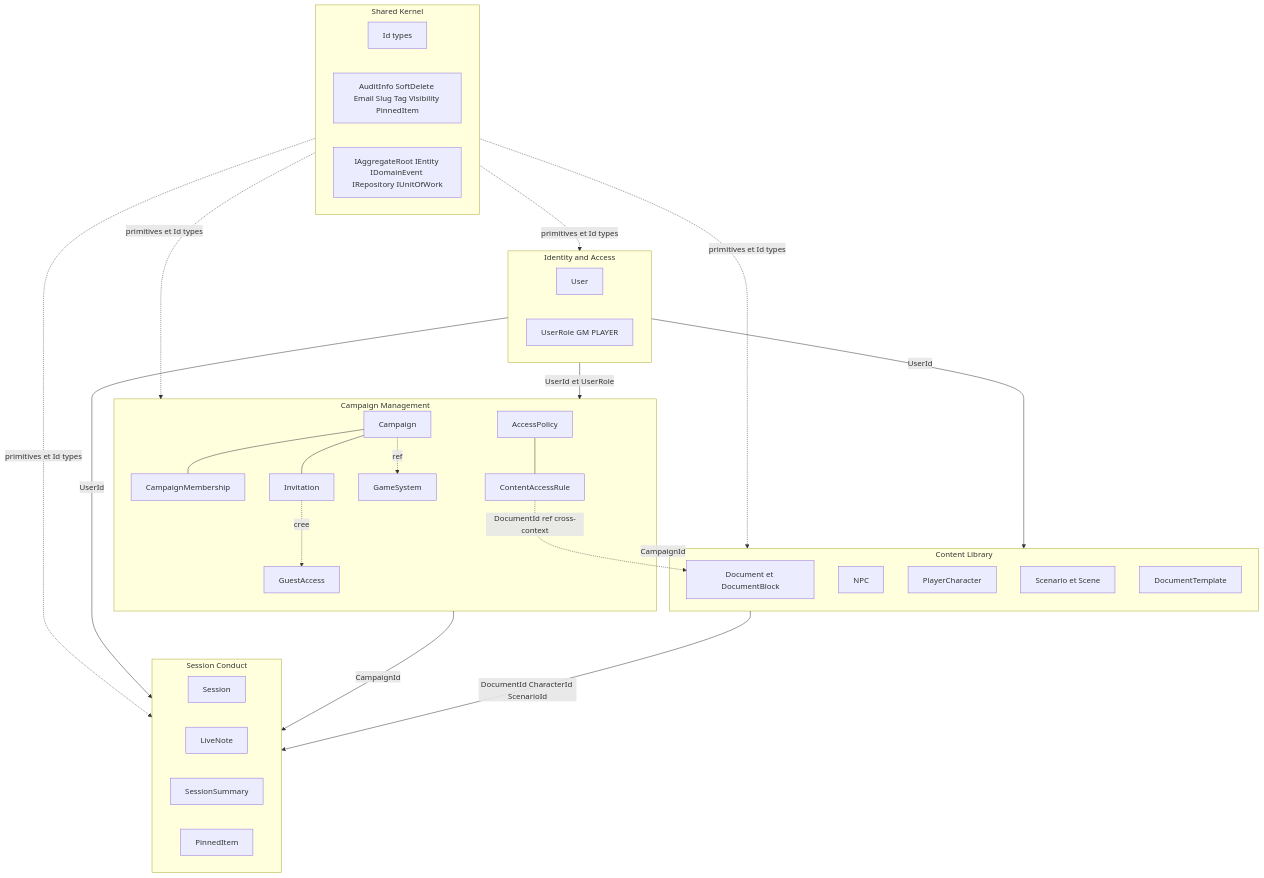
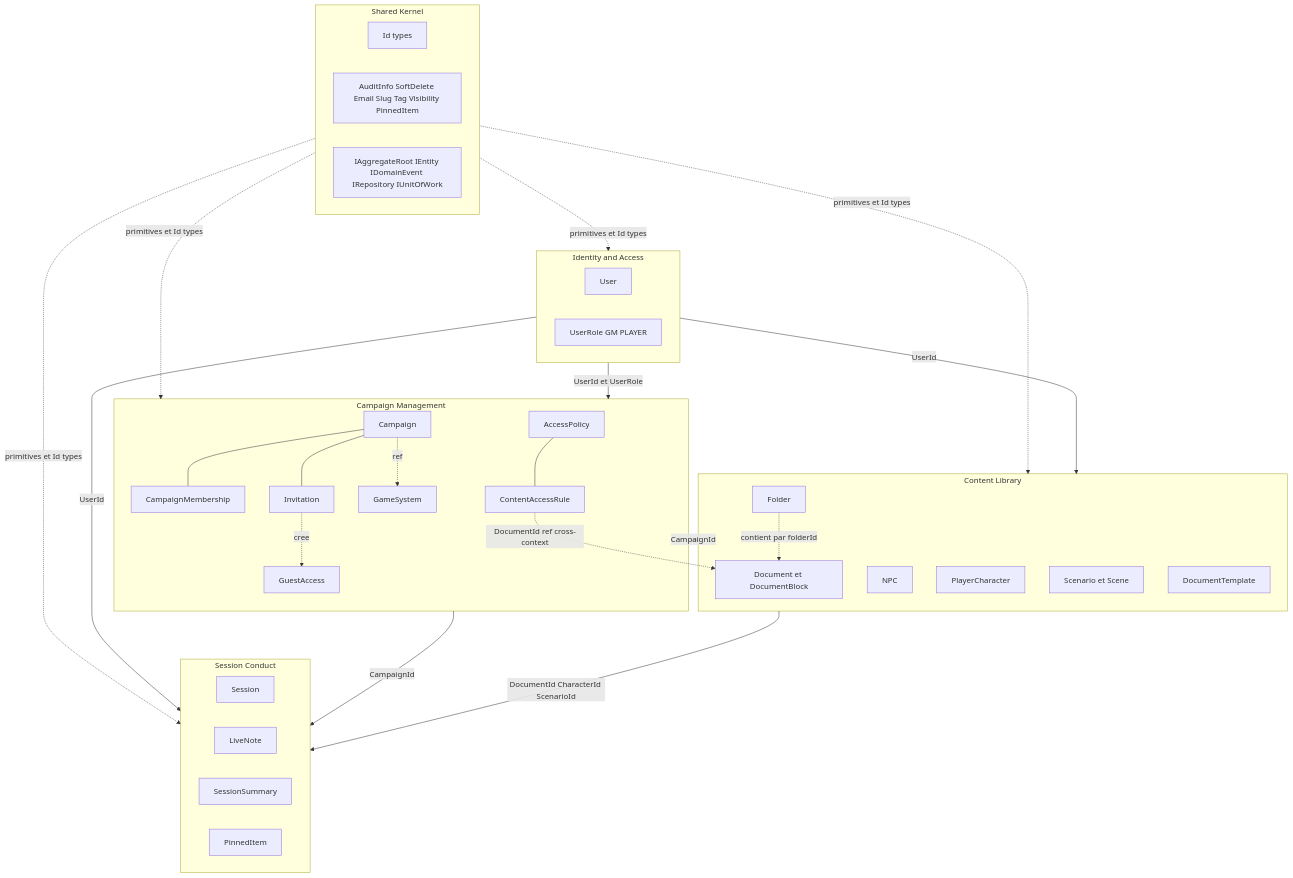
One commit to 2025-10-CDA-ECO-P6/PM-micro-saas changed the seventh of 7 diagrams in docs/conception/DiagrammesClasses.md. Above: the diagram before and after it, drawn with Mermaid. The commit also changed other lines of this file and 28 other files, not shown here.

````diff
--- a/docs/conception/DiagrammesClasses.md
+++ b/docs/conception/DiagrammesClasses.md
@@ -597,50 +633,52 @@
 ```mermaid
 graph TB
     subgraph CORE[Shared Kernel]
         IDS[Id types]
         PRIM[AuditInfo SoftDelete Email Slug Tag Visibility PinnedItem]
         ABS[IAggregateRoot IEntity IDomainEvent IRepository IUnitOfWork]
     end
     subgraph IA[Identity and Access]
         U[User]
         UR[UserRole GM PLAYER]
     end
     subgraph CM[Campaign Management]
         CA[Campaign]
         MB[CampaignMembership]
         INV[Invitation]
         GA[GuestAccess]
         GS[GameSystem]
         AP[AccessPolicy]
         CR[ContentAccessRule]
     end
     subgraph CL[Content Library]
         DOC[Document et DocumentBlock]
         NPC[NPC]
         PC[PlayerCharacter]
         SCE[Scenario et Scene]
         TPL[DocumentTemplate]
+        FLD[Folder]
     end
     subgraph SE[Session Conduct]
         SS[Session]
         LN[LiveNote]
         SUM[SessionSummary]
         PI[PinnedItem]
     end
     CORE -.->|primitives et Id types| IA
     CORE -.->|primitives et Id types| CM
     CORE -.->|primitives et Id types| CL
     CORE -.->|primitives et Id types| SE
     IA -->|UserId et UserRole| CM
     IA -->|UserId| CL
     IA -->|UserId| SE
     CM -->|CampaignId| CL
     CM -->|CampaignId| SE
     CR -.->|DocumentId ref cross-context| DOC
     CL -->|DocumentId CharacterId ScenarioId| SE
+    FLD -.->|contient par folderId| DOC
     CA --- MB
     CA --- INV
     INV -.->|cree| GA
     AP --- CR
     CA -.->|ref| GS
 ```
````
